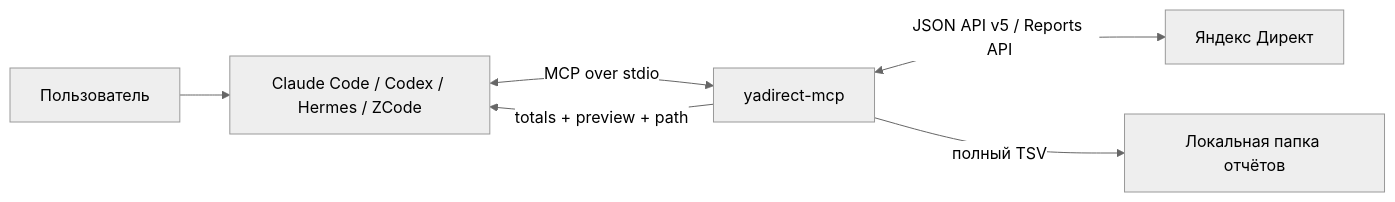
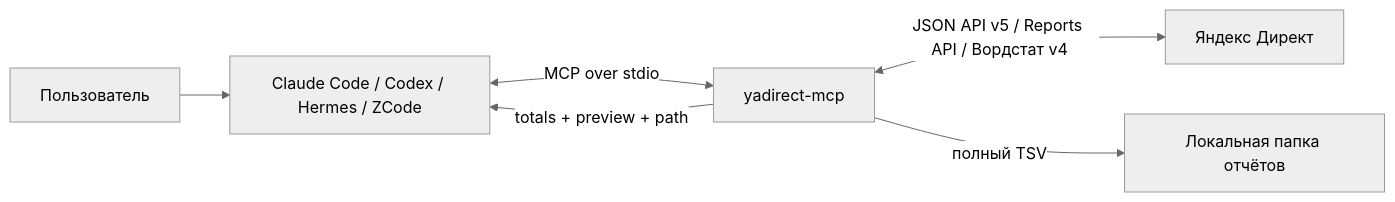
Before and after one commit to Lermont/yamcp: the diagram in README.md, drawn with Mermaid (neutral theme). The commit also changed other lines of this file and 8 other files, not shown here.

````diff
--- a/README.md
+++ b/README.md
@@ -45,8 +46,8 @@
 ```mermaid
 flowchart LR
     U["Пользователь"] --> A["Claude Code / Codex / Hermes / ZCode"]
     A <-->|"MCP over stdio"| M["yadirect-mcp"]
-    M <-->|"JSON API v5 / Reports API"| Y["Яндекс Директ"]
+    M <-->|"JSON API v5 / Reports API / Вордстат v4"| Y["Яндекс Директ"]
     M -->|"полный TSV"| F["Локальная папка отчётов"]
     M -->|"totals + preview + path"| A
 ```
````
